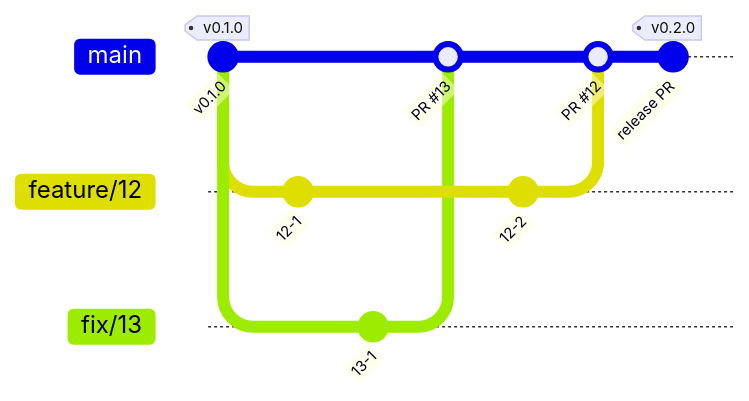
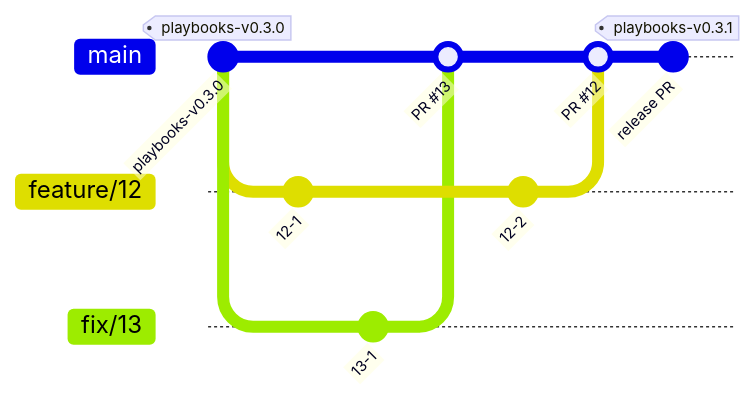
Before and after one commit to Fukuemon/agent-playbooks: the first of 2 diagrams in CONTRIBUTING.md, drawn with Mermaid. The commit also changed other lines of this file and 2 other files, not shown here.

````diff
--- a/CONTRIBUTING.md
+++ b/CONTRIBUTING.md
@@ -65,18 +69,18 @@
 ```mermaid
 gitGraph
-    commit id: "v0.1.0" tag: "v0.1.0"
+    commit id: "playbooks-v0.3.0" tag: "playbooks-v0.3.0"
     branch "feature/12"
     checkout "feature/12"
     commit id: "12-1"
     checkout main
     branch "fix/13"
     checkout "fix/13"
     commit id: "13-1"
     checkout main
     merge "fix/13" id: "PR #13"
     checkout "feature/12"
     commit id: "12-2"
     checkout main
     merge "feature/12" id: "PR #12"
-    commit id: "release PR" tag: "v0.2.0"
+    commit id: "release PR" tag: "playbooks-v0.3.1"
 ```
````
